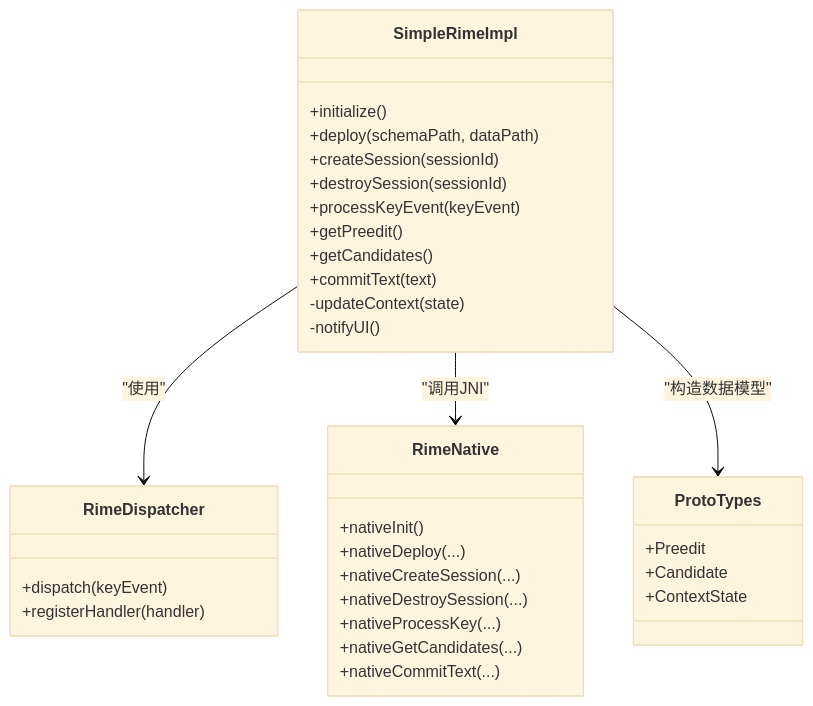
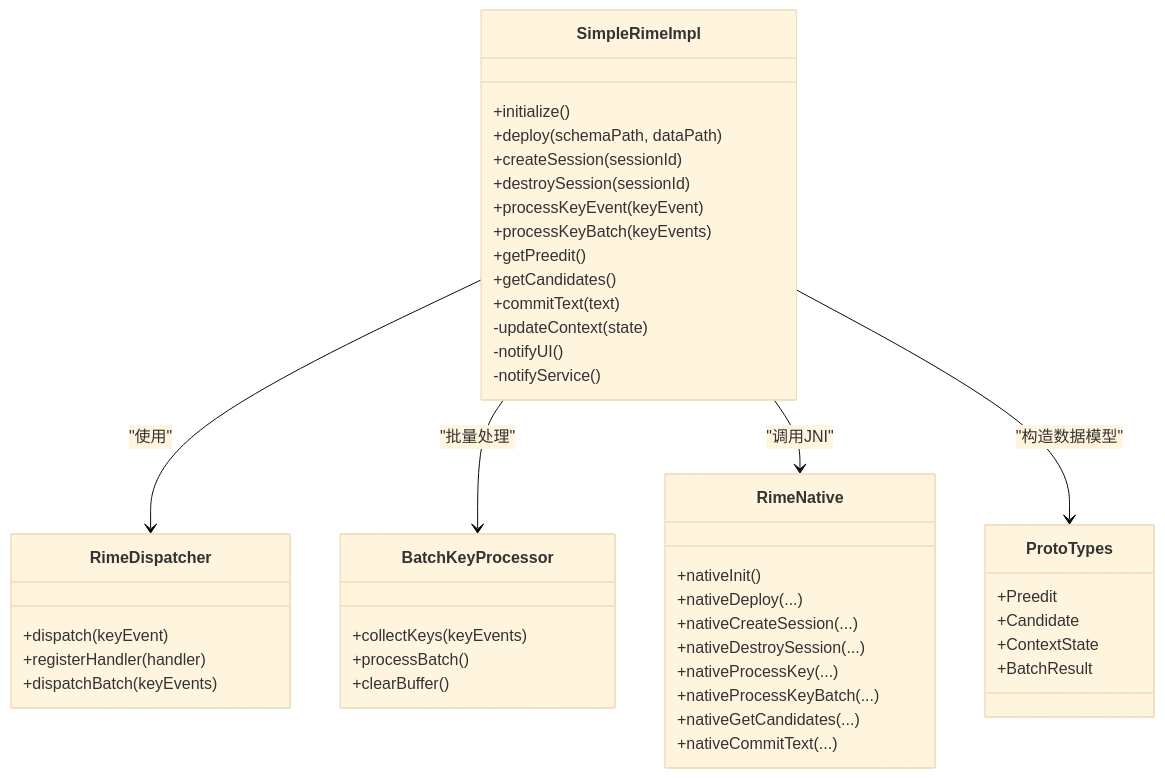
The third of 9 diagrams in .qoder/repowiki/zh/content/架构设计/分层架构设计/业务逻辑层/SimpleRimeImpl 核心实现.md (qiaodashaoye/ziyou-ime), drawn with Mermaid (base theme) before and after one commit. The commit also changed other lines of this file and 7 other files, not shown here.

````diff
--- a/.qoder/repowiki/zh/content/架构设计/分层架构设计/业务逻辑层/SimpleRimeImpl 核心实现.md
+++ b/.qoder/repowiki/zh/content/架构设计/分层架构设计/业务逻辑层/SimpleRimeImpl 核心实现.md
@@ -147,36 +166,47 @@
 ```mermaid
 classDiagram
 class SimpleRimeImpl {
 +initialize()
 +deploy(schemaPath, dataPath)
 +createSession(sessionId)
 +destroySession(sessionId)
 +processKeyEvent(keyEvent)
++processKeyBatch(keyEvents)
 +getPreedit()
 +getCandidates()
 +commitText(text)
 -updateContext(state)
 -notifyUI()
+-notifyService()
 }
 class RimeDispatcher {
 +dispatch(keyEvent)
 +registerHandler(handler)
++dispatchBatch(keyEvents)
+}
+class BatchKeyProcessor {
++collectKeys(keyEvents)
++processBatch()
++clearBuffer()
 }
 class RimeNative {
 +nativeInit()
 +nativeDeploy(...)
 +nativeCreateSession(...)
 +nativeDestroySession(...)
 +nativeProcessKey(...)
++nativeProcessKeyBatch(...)
 +nativeGetCandidates(...)
 +nativeCommitText(...)
 }
 class ProtoTypes {
 +Preedit
 +Candidate
 +ContextState
++BatchResult
 }
 SimpleRimeImpl --> RimeDispatcher : "使用"
+SimpleRimeImpl --> BatchKeyProcessor : "批量处理"
 SimpleRimeImpl --> RimeNative : "调用JNI"
 SimpleRimeImpl --> ProtoTypes : "构造数据模型"
 ```
````
